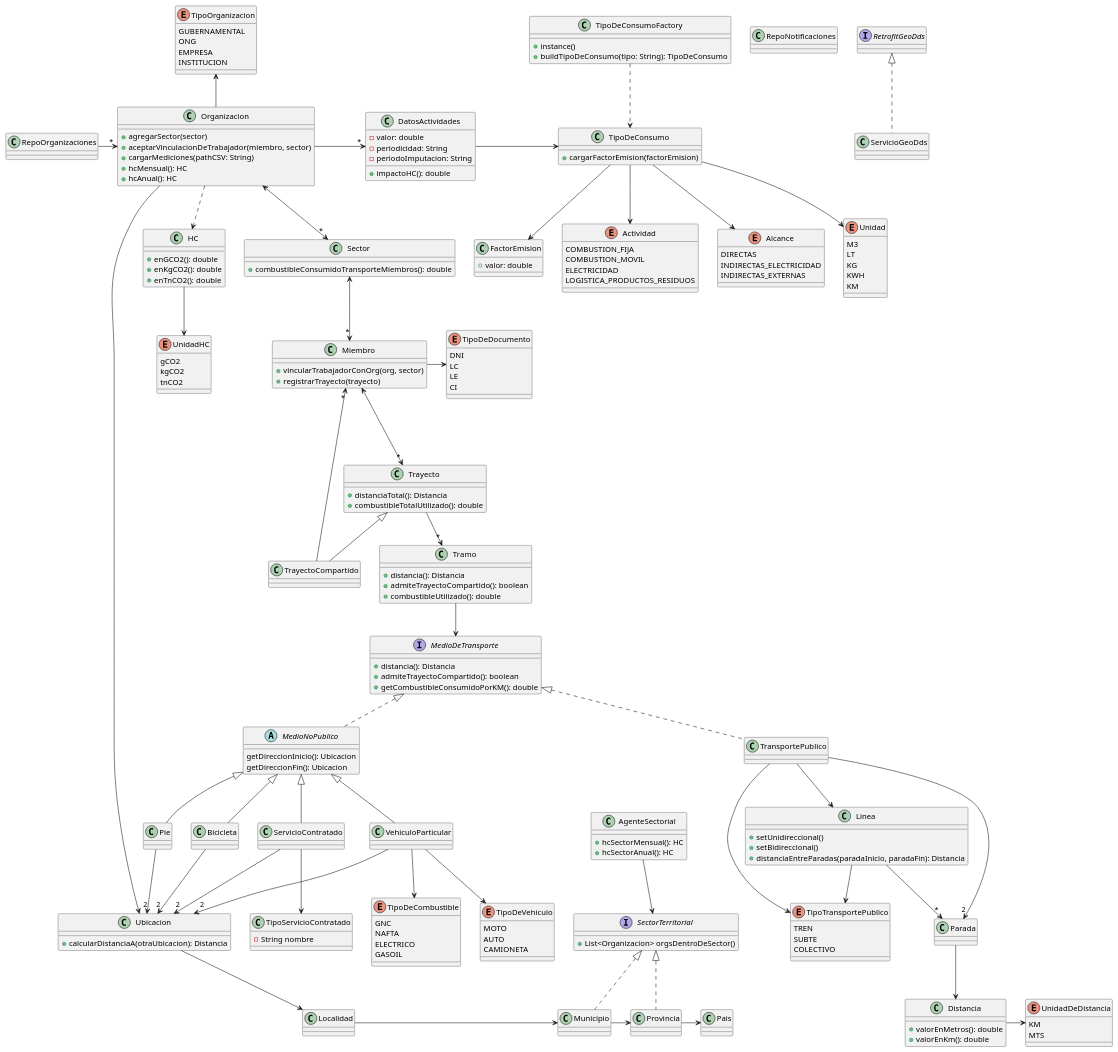
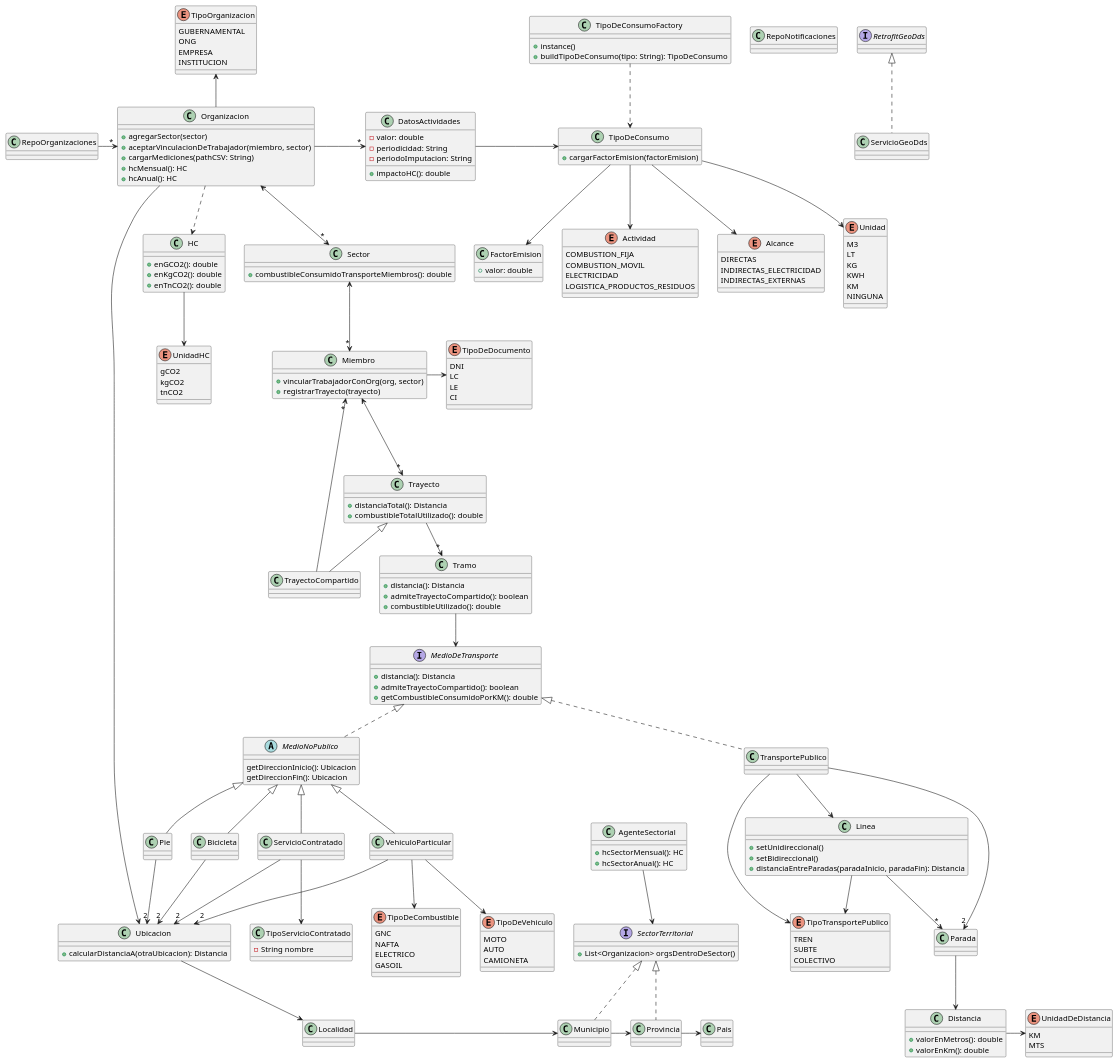
The diagram in nuevo_diagrama.puml (julian-salinas/dds-2022), drawn with PlantUML before and after one commit. The commit also changed 4 other files, not shown here.

```diff
--- a/nuevo_diagrama.puml
+++ b/nuevo_diagrama.puml
@@ -182,6 +182,7 @@
   KG
   KWH
   KM
+  NINGUNA
 }
 
 class FactorEmision {
```
